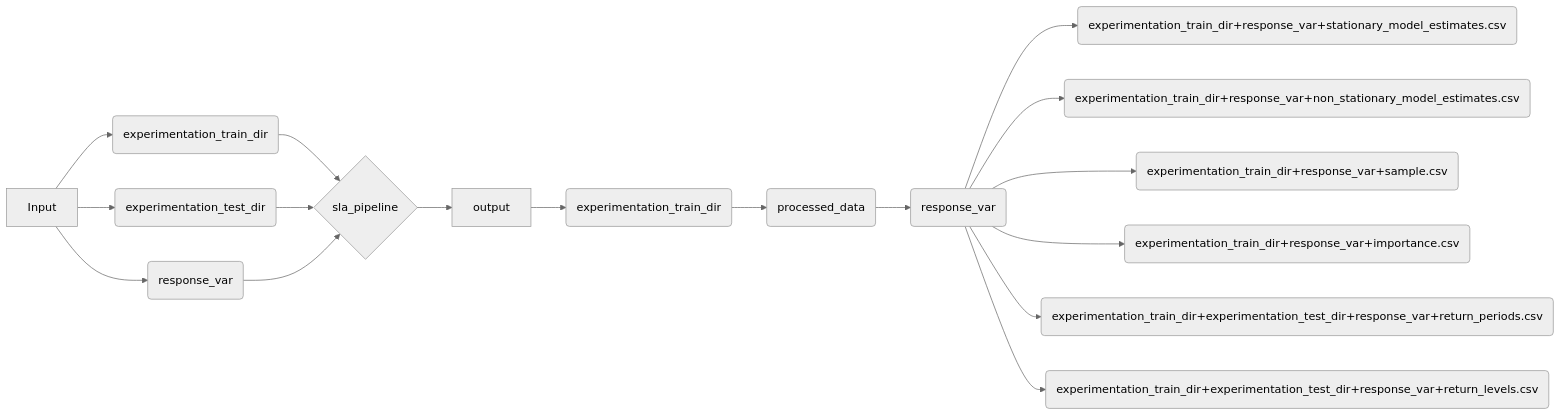
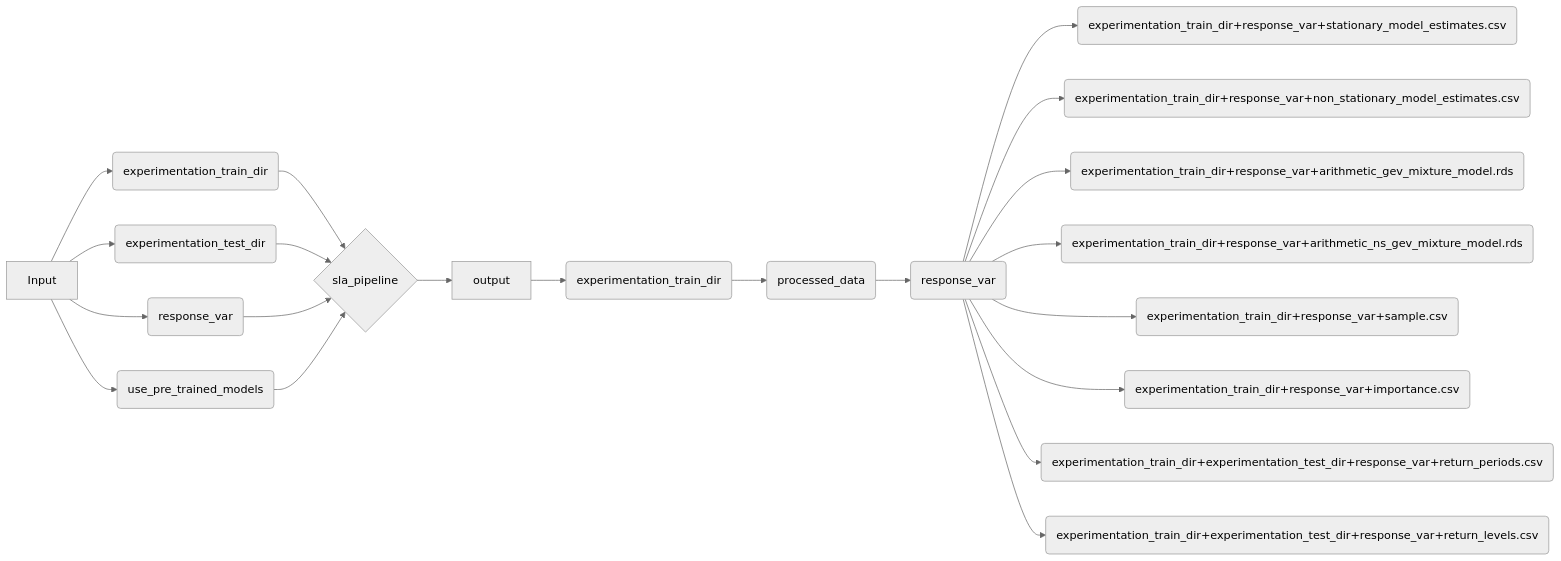
Before and after one commit to pdkengne/evops_manual: the first of 7 diagrams in model-operations.qmd, drawn with Mermaid (neutral theme). The commit also changed other lines of this file and 9 other files, not shown here.

Commit message:
add option to use pre-trained models

````diff
--- a/model-operations.qmd
+++ b/model-operations.qmd
@@ -46,19 +53,23 @@
 ```{mermaid}
 flowchart LR
   I[Input] --> A(experimentation_train_dir)
   I[Input] --> B(experimentation_test_dir)
   I[Input] --> C(response_var)
+  I[Input] --> C1(use_pre_trained_models)
   A --> D{sla_pipeline}
   B --> D
   C --> D
+  C1 --> D
   D --> O[output]
   O --> E(experimentation_train_dir)
   E --> F(processed_data)
   F --> G(response_var)
   G --> G5(experimentation_train_dir+response_var+stationary_model_estimates.csv)
   G --> G6(experimentation_train_dir+response_var+non_stationary_model_estimates.csv)
+  G --> G9(experimentation_train_dir+response_var+arithmetic_gev_mixture_model.rds)
+  G --> G10(experimentation_train_dir+response_var+arithmetic_ns_gev_mixture_model.rds)
   G --> G3(experimentation_train_dir+response_var+sample.csv)
   G --> G4(experimentation_train_dir+response_var+importance.csv)
   G --> G7(experimentation_train_dir+experimentation_test_dir+response_var+return_periods.csv)
   G --> G8(experimentation_train_dir+experimentation_test_dir+response_var+return_levels.csv)
 ```
````
